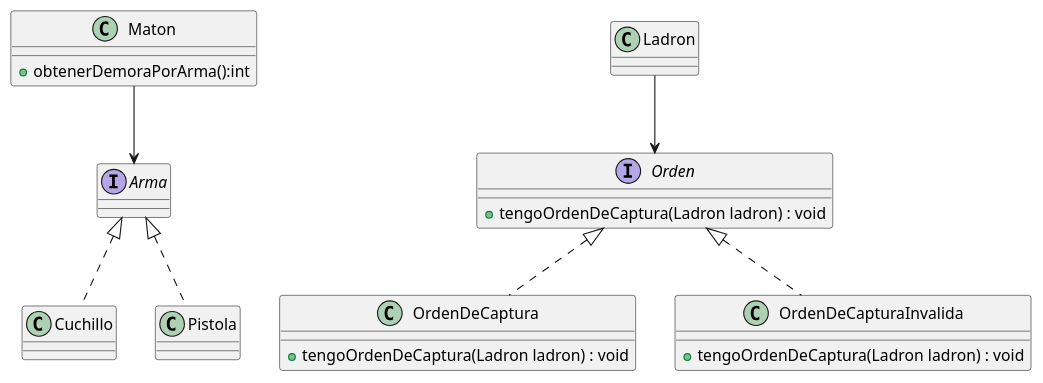
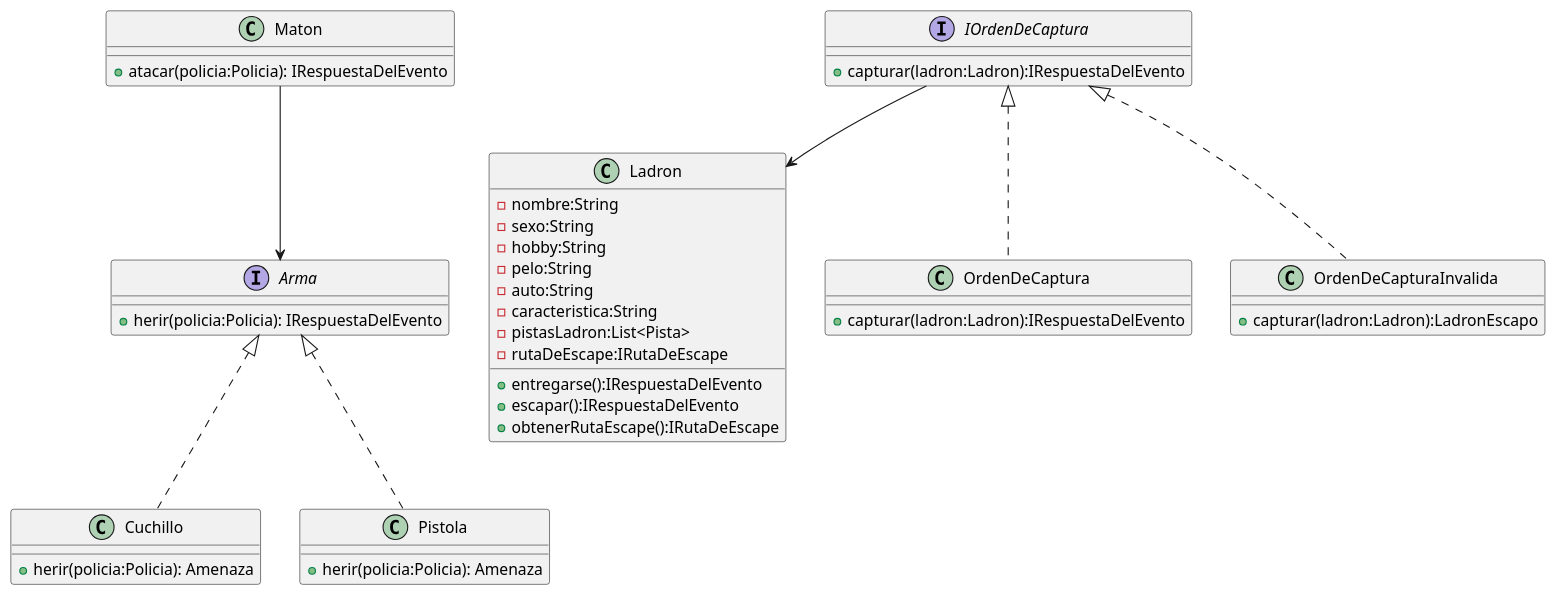
One commit to SeleneMartinez/Algo3_AlgoThief changed the diagram in diagrams/classes/dc_maton.plantuml. Above: the diagram before and after it, drawn with PlantUML.

Commit message:
correccion dc_maton

```diff
--- a/diagrams/classes/dc_maton.plantuml
+++ b/diagrams/classes/dc_maton.plantuml
@@ -1,39 +1,53 @@
 @startuml
 class Maton
 {
- + obtenerDemoraPorArma():int
+ + atacar(policia:Policia): IRespuestaDelEvento
 }
 
 interface Arma
 {
+    + herir(policia:Policia): IRespuestaDelEvento
 }
 
 class Cuchillo
 {
+    + herir(policia:Policia): Amenaza
 }
 class Pistola
 {
+    + herir(policia:Policia): Amenaza
 }
 
 class Ladron
 {
+    -nombre:String 
+    -sexo:String 
+    -hobby:String 
+    -pelo:String 
+    -auto:String 
+    -caracteristica:String 
+    -pistasLadron:List<Pista> 
+    -rutaDeEscape:IRutaDeEscape 
+    + entregarse():IRespuestaDelEvento
+    + escapar():IRespuestaDelEvento
+    +obtenerRutaEscape():IRutaDeEscape
 }
-interface Orden
+interface IOrdenDeCaptura
 {
-    + tengoOrdenDeCaptura(Ladron ladron) : void
+    + capturar(ladron:Ladron):IRespuestaDelEvento
 }
 class OrdenDeCaptura
 {
-    + tengoOrdenDeCaptura(Ladron ladron) : void
+    + capturar(ladron:Ladron):IRespuestaDelEvento
 }
 class OrdenDeCapturaInvalida
 {
-    + tengoOrdenDeCaptura(Ladron ladron) : void
+    + capturar(ladron:Ladron):LadronEscapo
 }
-Orden <|.. OrdenDeCaptura
-Orden <|.. OrdenDeCapturaInvalida
+IOrdenDeCaptura <|.. OrdenDeCaptura
+IOrdenDeCaptura <|.. OrdenDeCapturaInvalida
 Maton --> Arma
 Arma <|.. Cuchillo
 Arma <|.. Pistola
-Ladron --> Orden
+IOrdenDeCaptura --> Ladron
 @enduml
```
